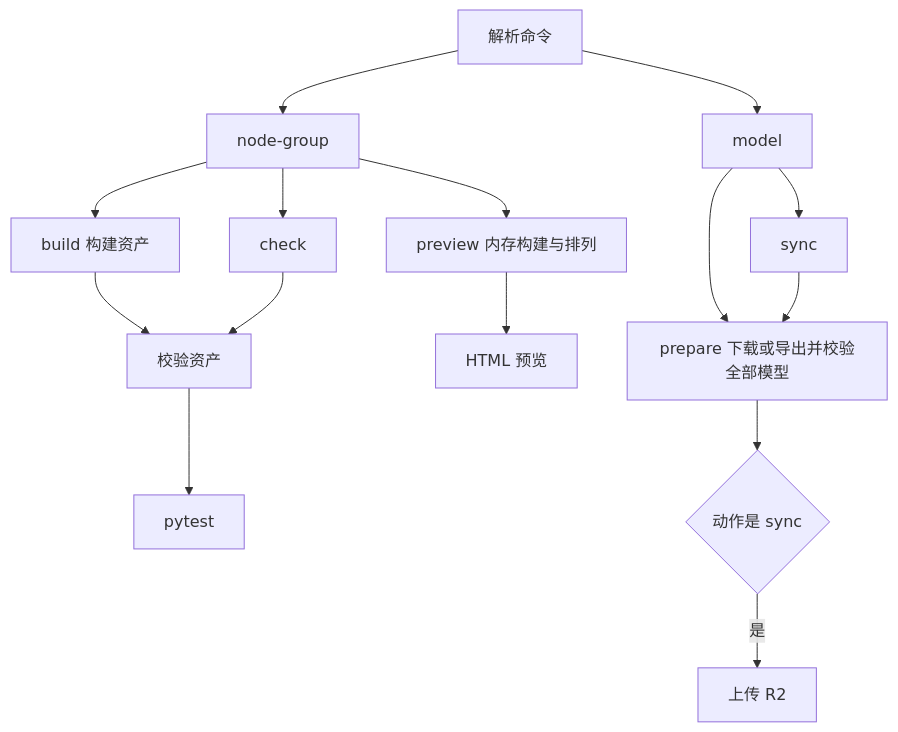
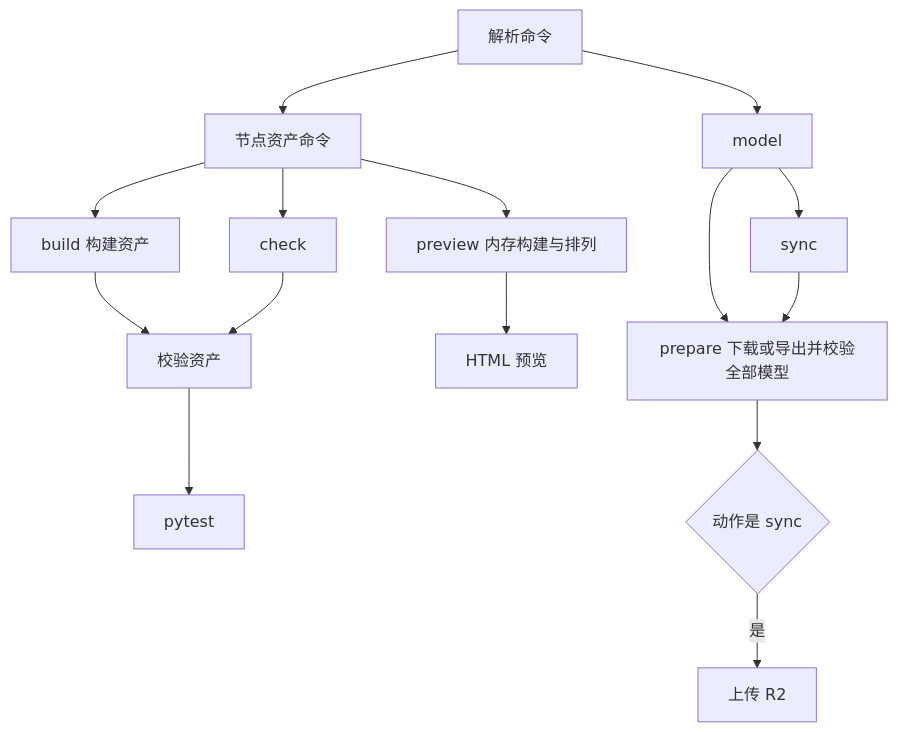
The diagram in openspec/changes/archive/2026-09-17-organize-tool-cli/design.md (OmooLab/AnyImage), drawn with Mermaid before and after one commit. The commit also changed other lines of this file and 196 other files, not shown here.

````diff
--- a/openspec/changes/archive/2026-09-17-organize-tool-cli/design.md
+++ b/openspec/changes/archive/2026-09-17-organize-tool-cli/design.md
@@ -18,17 +18,17 @@
 ```mermaid
 flowchart TD
-    A[解析命令] --> B[node-group]
+    A[解析命令] --> B[节点资产命令]
     A --> C[model]
     B --> D[build 构建资产]
     D --> E[校验资产]
     B --> F[check]
     F --> E
     E --> G[pytest]
     B --> H[preview 内存构建与排列]
     H --> I[HTML 预览]
     C --> J[prepare 下载或导出并校验全部模型]
     C --> K[sync]
     K --> J
     J --> L{动作是 sync}
     L -->|是| M[上传 R2]
 ```
````
